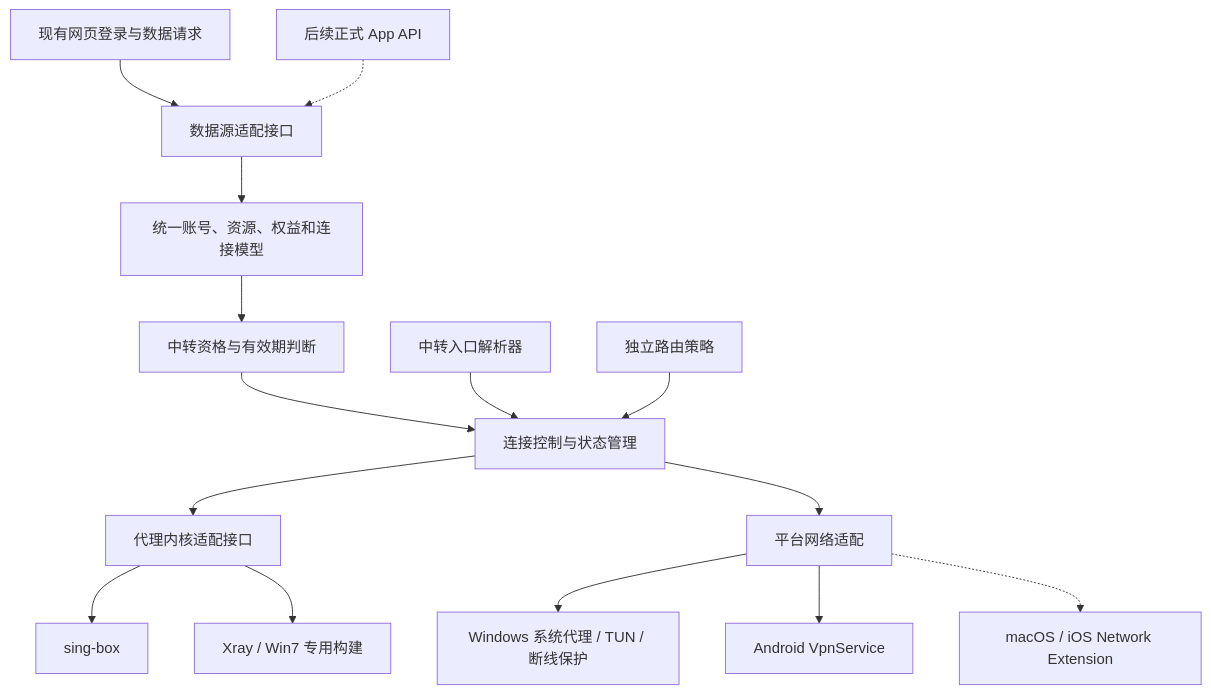
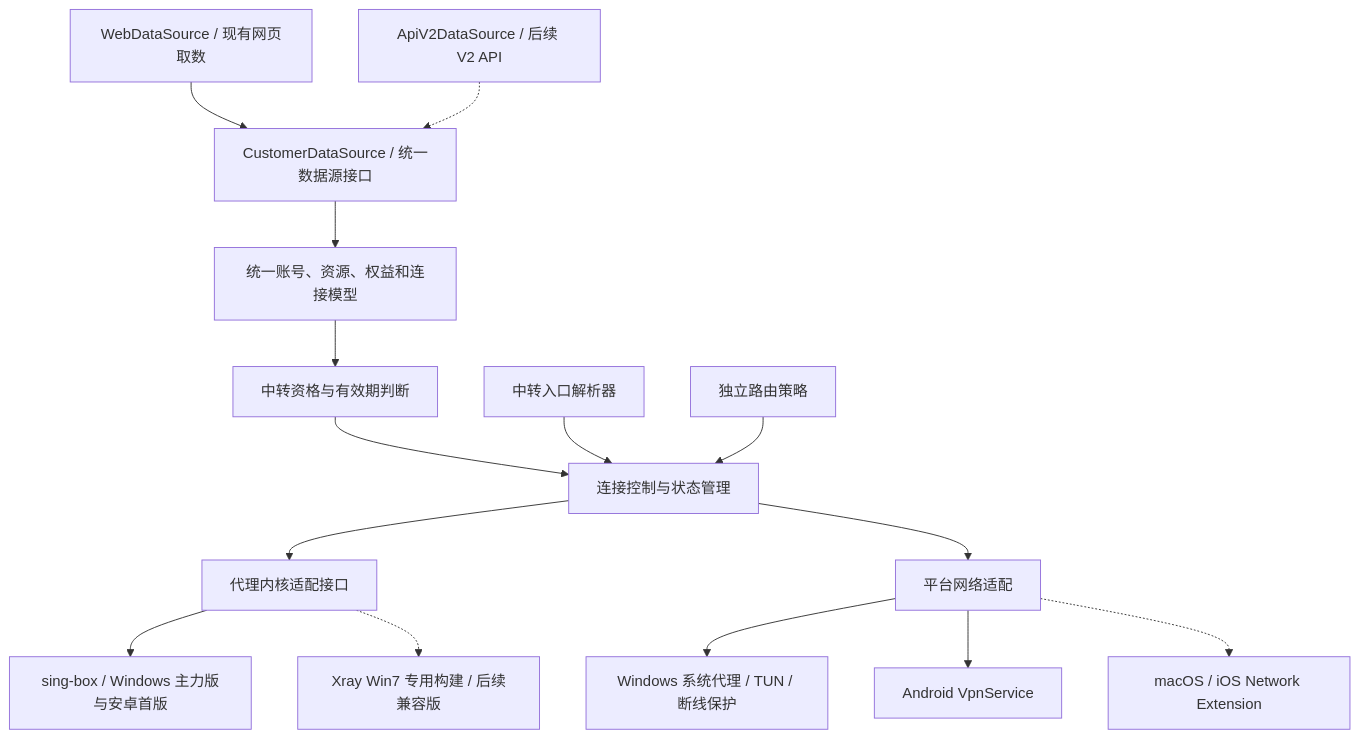
Before and after one commit to BlueGrassN/BlueGrass: the diagram in docs/superpowers/specs/2026-10-10-sunipip-client-design.md, drawn with Mermaid. The commit also changed other lines of this file and 22 other files, not shown here.

````diff
--- a/docs/superpowers/specs/2026-10-10-sunipip-client-design.md
+++ b/docs/superpowers/specs/2026-10-10-sunipip-client-design.md
@@ -40,17 +44,17 @@
 ```mermaid
 flowchart TD
-    Web[现有网页登录与数据请求] --> Source[数据源适配接口]
-    Api[后续正式 App API] -.-> Source
+    Web[WebDataSource / 现有网页取数] --> Source[CustomerDataSource / 统一数据源接口]
+    Api[ApiV2DataSource / 后续 V2 API] -.-> Source
     Source --> Model[统一账号、资源、权益和连接模型]
     Model --> Eligibility[中转资格与有效期判断]
     Eligibility --> Controller[连接控制与状态管理]
     Resolver[中转入口解析器] --> Controller
     Policy[独立路由策略] --> Controller
     Controller --> Engine[代理内核适配接口]
-    Engine --> Sing[sing-box]
-    Engine --> Xray[Xray / Win7 专用构建]
+    Engine --> Sing[sing-box / Windows 主力版与安卓首版]
+    Engine -.-> Xray[Xray Win7 专用构建 / 后续兼容版]
     Controller --> Platform[平台网络适配]
     Platform --> Windows[Windows 系统代理 / TUN / 断线保护]
     Platform --> Android[Android VpnService]
     Platform -.-> Apple[macOS / iOS Network Extension]
 ```
````
